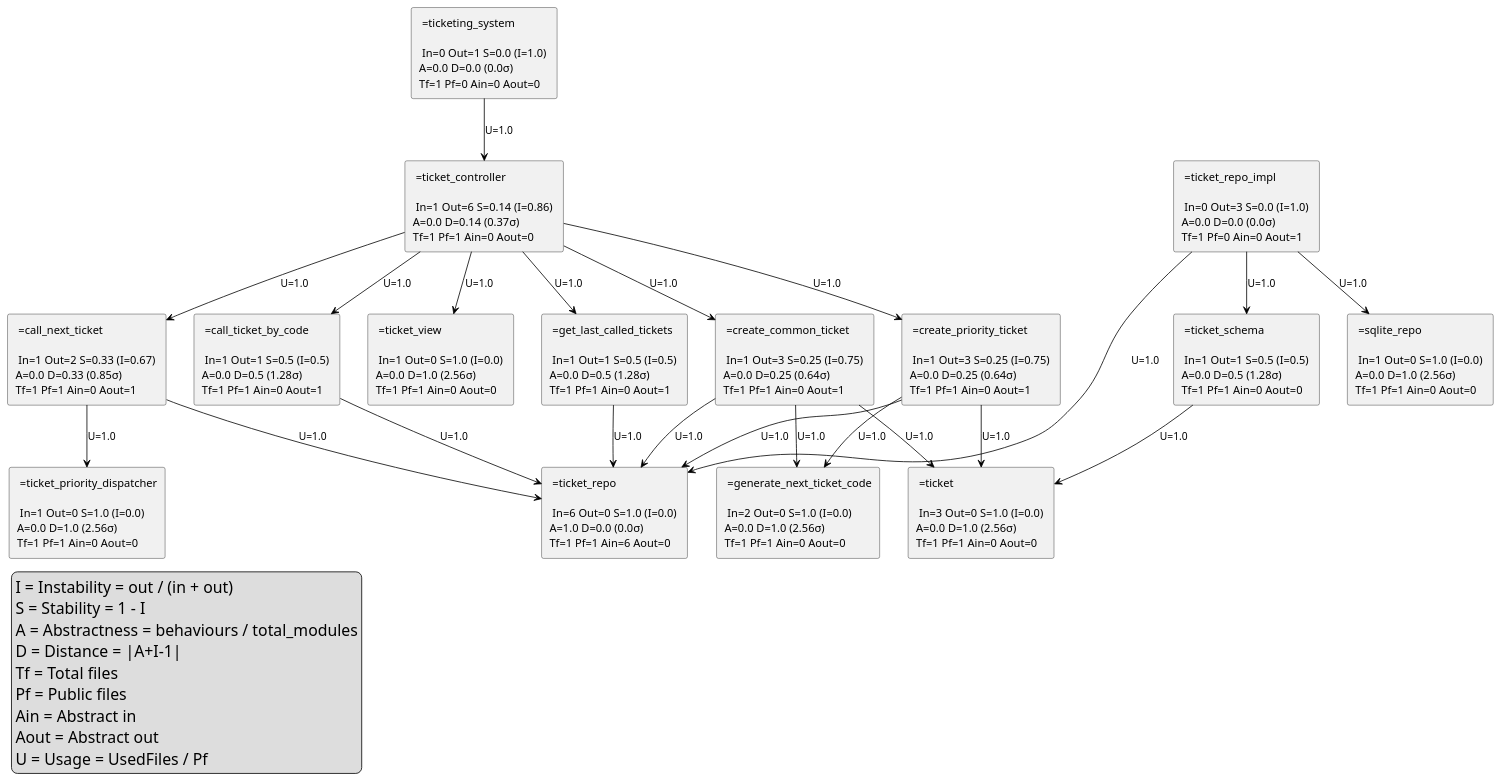
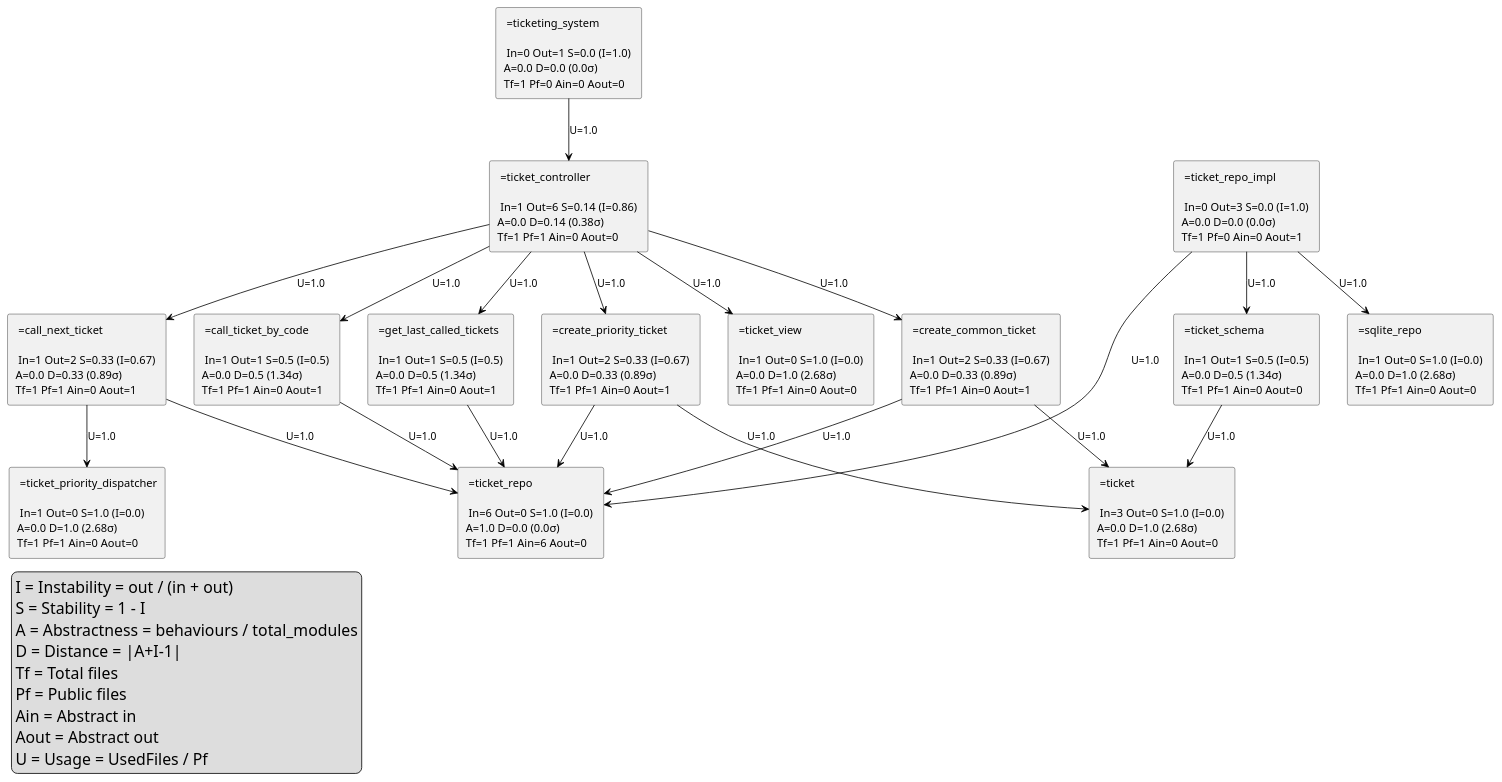
The diagram in clean_mixer.plantuml (JVMartyns/ticketing_system_elixir_clean_architecture), drawn with PlantUML before and after one commit. The commit also changed 17 other files, not shown here.

```diff
--- a/clean_mixer.plantuml
+++ b/clean_mixer.plantuml
@@ -1,113 +1,106 @@
 @startuml
 skinparam backgroundColor<<dep>> Grey
 skinparam legend {
  FontSize 20
  }
 legend bottom left
  I = Instability = out / (in + out)
 S = Stability = 1 - I
 A = Abstractness = behaviours / total_modules
 D = Distance = |A+I-1|
 Tf = Total files
 Pf = Public files
 Ain = Abstract in
 Aout = Abstract out
 U = Usage = UsedFiles / Pf 
  endlegend
 rectangle ticketing_system  [ =ticketing_system 
 
  In=0 Out=1 S=0.0 (I=1.0) 
 A=0.0 D=0.0 (0.0σ) 
 Tf=1 Pf=0 Ain=0 Aout=0 ]
 rectangle ticket  [ =ticket 
 
  In=3 Out=0 S=1.0 (I=0.0) 
-A=0.0 D=1.0 (2.56σ) 
+A=0.0 D=1.0 (2.68σ) 
 Tf=1 Pf=1 Ain=0 Aout=0 ]
 rectangle ticket_repo  [ =ticket_repo 
 
  In=6 Out=0 S=1.0 (I=0.0) 
 A=1.0 D=0.0 (0.0σ) 
 Tf=1 Pf=1 Ain=6 Aout=0 ]
 rectangle create_priority_ticket  [ =create_priority_ticket 
 
- In=1 Out=3 S=0.25 (I=0.75) 
-A=0.0 D=0.25 (0.64σ) 
+ In=1 Out=2 S=0.33 (I=0.67) 
+A=0.0 D=0.33 (0.89σ) 
 Tf=1 Pf=1 Ain=0 Aout=1 ]
 rectangle call_next_ticket  [ =call_next_ticket 
 
  In=1 Out=2 S=0.33 (I=0.67) 
-A=0.0 D=0.33 (0.85σ) 
+A=0.0 D=0.33 (0.89σ) 
 Tf=1 Pf=1 Ain=0 Aout=1 ]
 rectangle call_ticket_by_code  [ =call_ticket_by_code 
 
  In=1 Out=1 S=0.5 (I=0.5) 
-A=0.0 D=0.5 (1.28σ) 
+A=0.0 D=0.5 (1.34σ) 
 Tf=1 Pf=1 Ain=0 Aout=1 ]
-rectangle generate_next_ticket_code  [ =generate_next_ticket_code 
-
- In=2 Out=0 S=1.0 (I=0.0) 
-A=0.0 D=1.0 (2.56σ) 
-Tf=1 Pf=1 Ain=0 Aout=0 ]
 rectangle get_last_called_tickets  [ =get_last_called_tickets 
 
  In=1 Out=1 S=0.5 (I=0.5) 
-A=0.0 D=0.5 (1.28σ) 
+A=0.0 D=0.5 (1.34σ) 
 Tf=1 Pf=1 Ain=0 Aout=1 ]
 rectangle create_common_ticket  [ =create_common_ticket 
 
- In=1 Out=3 S=0.25 (I=0.75) 
-A=0.0 D=0.25 (0.64σ) 
+ In=1 Out=2 S=0.33 (I=0.67) 
+A=0.0 D=0.33 (0.89σ) 
 Tf=1 Pf=1 Ain=0 Aout=1 ]
 rectangle ticket_controller  [ =ticket_controller 
 
  In=1 Out=6 S=0.14 (I=0.86) 
-A=0.0 D=0.14 (0.37σ) 
+A=0.0 D=0.14 (0.38σ) 
 Tf=1 Pf=1 Ain=0 Aout=0 ]
 rectangle ticket_view  [ =ticket_view 
 
  In=1 Out=0 S=1.0 (I=0.0) 
-A=0.0 D=1.0 (2.56σ) 
+A=0.0 D=1.0 (2.68σ) 
 Tf=1 Pf=1 Ain=0 Aout=0 ]
 rectangle ticket_schema  [ =ticket_schema 
 
  In=1 Out=1 S=0.5 (I=0.5) 
-A=0.0 D=0.5 (1.28σ) 
+A=0.0 D=0.5 (1.34σ) 
 Tf=1 Pf=1 Ain=0 Aout=0 ]
 rectangle ticket_repo_impl  [ =ticket_repo_impl 
 
  In=0 Out=3 S=0.0 (I=1.0) 
 A=0.0 D=0.0 (0.0σ) 
 Tf=1 Pf=0 Ain=0 Aout=1 ]
 rectangle sqlite_repo  [ =sqlite_repo 
 
  In=1 Out=0 S=1.0 (I=0.0) 
-A=0.0 D=1.0 (2.56σ) 
+A=0.0 D=1.0 (2.68σ) 
 Tf=1 Pf=1 Ain=0 Aout=0 ]
 rectangle ticket_priority_dispatcher  [ =ticket_priority_dispatcher 
 
  In=1 Out=0 S=1.0 (I=0.0) 
-A=0.0 D=1.0 (2.56σ) 
+A=0.0 D=1.0 (2.68σ) 
 Tf=1 Pf=1 Ain=0 Aout=0 ]
 [ticketing_system] -[#black]-> [ticket_controller] : U=1.0
-[create_priority_ticket] -[#black]-> [generate_next_ticket_code] : U=1.0
 [create_priority_ticket] -[#black]-> [ticket_repo] : U=1.0
 [create_priority_ticket] -[#black]-> [ticket] : U=1.0
 [call_next_ticket] -[#black]-> [ticket_priority_dispatcher] : U=1.0
 [call_next_ticket] -[#black]-> [ticket_repo] : U=1.0
 [call_ticket_by_code] -[#black]-> [ticket_repo] : U=1.0
 [get_last_called_tickets] -[#black]-> [ticket_repo] : U=1.0
-[create_common_ticket] -[#black]-> [generate_next_ticket_code] : U=1.0
 [create_common_ticket] -[#black]-> [ticket_repo] : U=1.0
 [create_common_ticket] -[#black]-> [ticket] : U=1.0
 [ticket_controller] -[#black]-> [ticket_view] : U=1.0
 [ticket_controller] -[#black]-> [create_common_ticket] : U=1.0
 [ticket_controller] -[#black]-> [get_last_called_tickets] : U=1.0
 [ticket_controller] -[#black]-> [call_ticket_by_code] : U=1.0
 [ticket_controller] -[#black]-> [call_next_ticket] : U=1.0
 [ticket_controller] -[#black]-> [create_priority_ticket] : U=1.0
 [ticket_schema] -[#black]-> [ticket] : U=1.0
 [ticket_repo_impl] -[#black]-> [sqlite_repo] : U=1.0
 [ticket_repo_impl] -[#black]-> [ticket_schema] : U=1.0
 [ticket_repo_impl] -[#black]-> [ticket_repo] : U=1.0
 @enduml
```
